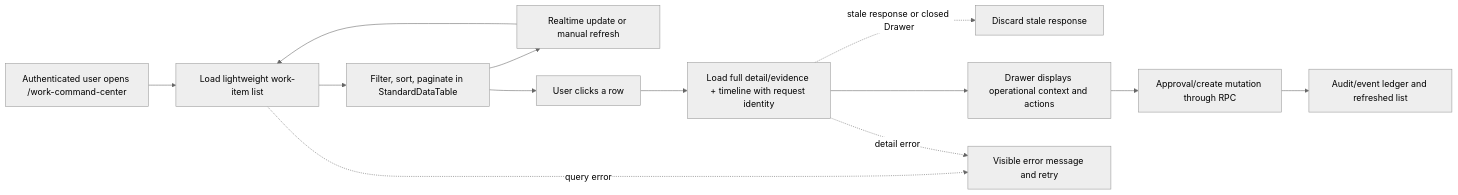
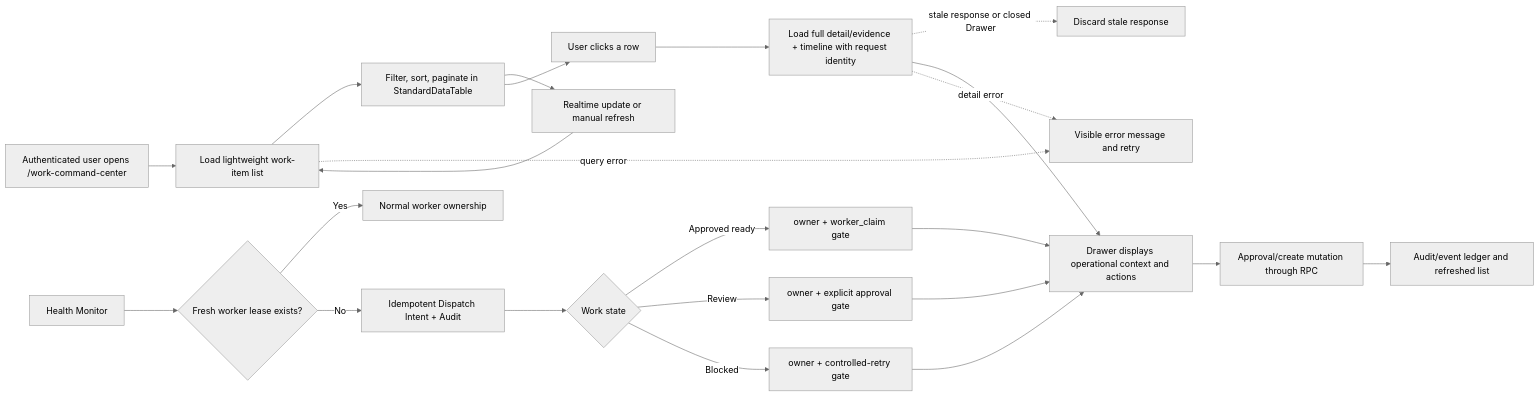
One commit to paramonjong-afk/WisdomAI changed the diagram in docs/WORK_COMMAND_CENTER_FLOW.md. Above: the diagram before and after it, drawn with Mermaid (neutral theme). The commit also changed other lines of this file and 7 other files, not shown here.

````diff
--- a/docs/WORK_COMMAND_CENTER_FLOW.md
+++ b/docs/WORK_COMMAND_CENTER_FLOW.md
@@ -3,15 +3,25 @@
 ```mermaid
 flowchart LR
   A[Authenticated user opens /work-command-center] --> B[Load lightweight work-item list]
   B --> C[Filter, sort, paginate in StandardDataTable]
   C --> D[Realtime update or manual refresh]
   D --> B
   C --> E[User clicks a row]
   E --> F[Load full detail/evidence + timeline with request identity]
   F -. stale response or closed Drawer .-> X[Discard stale response]
   F --> G[Drawer displays operational context and actions]
   G --> H[Approval/create mutation through RPC]
   H --> I[Audit/event ledger and refreshed list]
+  K[Health Monitor] --> L{Fresh worker lease exists?}
+  L -->|Yes| M[Normal worker ownership]
+  L -->|No| N[Idempotent Dispatch Intent + Audit]
+  N --> O{Work state}
+  O -->|Approved ready| P[owner + worker_claim gate]
+  O -->|Review| Q[owner + explicit approval gate]
+  O -->|Blocked| R[owner + controlled-retry gate]
+  P --> G
+  Q --> G
+  R --> G
   B -. query error .-> J[Visible error message and retry]
   F -. detail error .-> J
 ```
````
